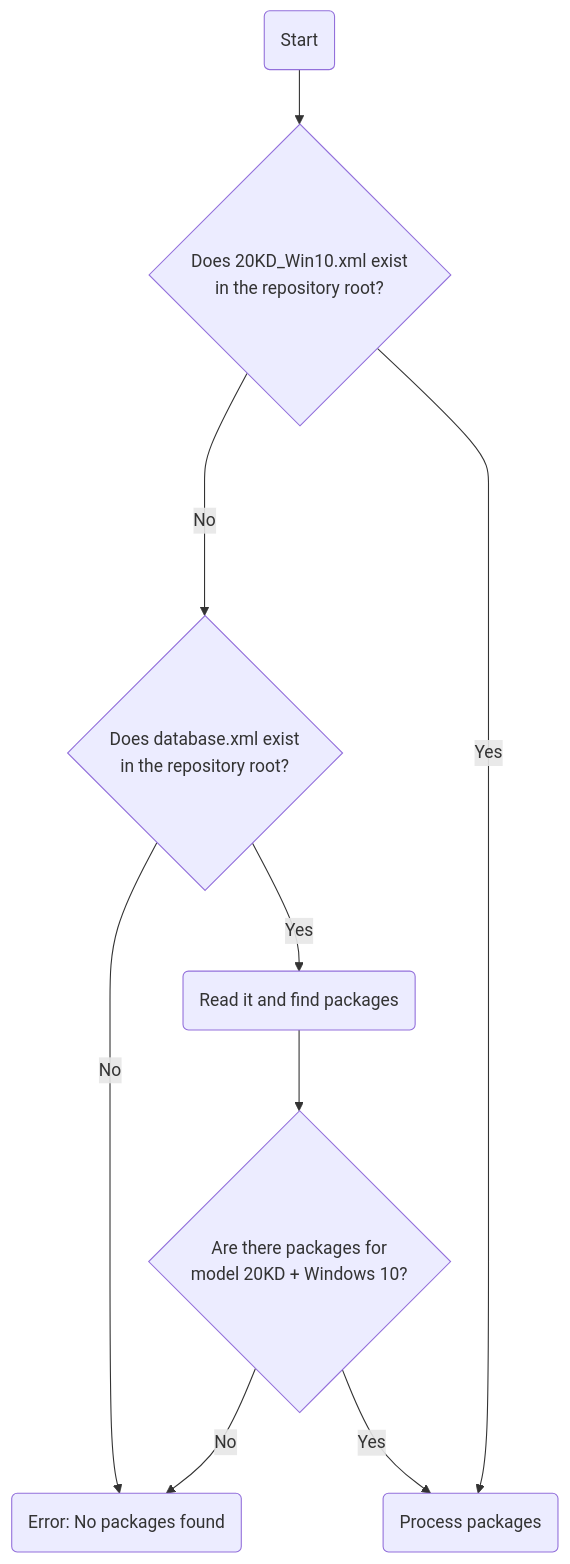
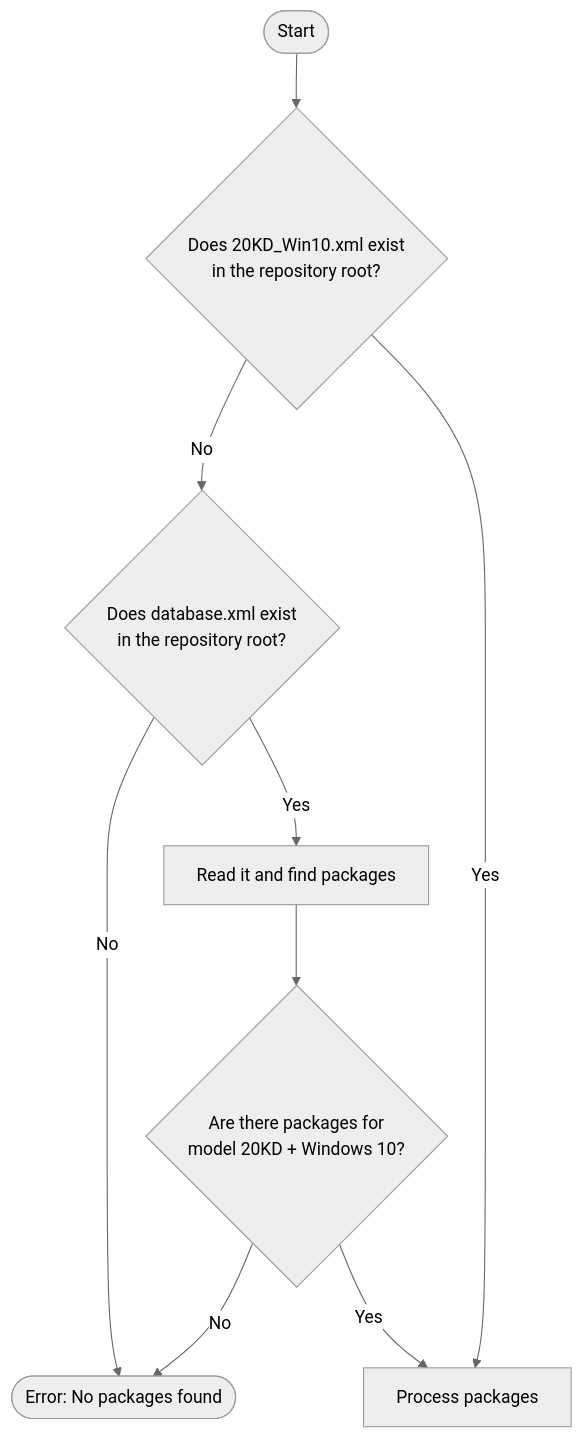
One commit to jantari/LSUClient-docs changed the diagram in content/docs/topics/self-hosted-repositories.md. Above: the diagram before and after it, drawn with Mermaid. The commit also changed 1 other file, not shown here.

Commit message:
update diagram on self-hosted-repositories page and allow manual CI trigger

```diff
--- a/content/docs/topics/self-hosted-repositories.md
+++ b/content/docs/topics/self-hosted-repositories.md
@@ -94,11 +94,12 @@
 {{< mermaid >}}
-flowchart TD
-    Start(Start) --> B{"Does 20KD_Win10.xml exist\nin the repository root?"}
-    B ---->|No| C{"Does database.xml exist\nin the repository root?"}
-    C -->|No| F(Error: No packages found)
-    C -->|Yes| OK(Read it and find packages)
+%%{init:{"theme":"neutral"}}%%
+flowchart TD;
+    Start([Start]) --> B{"Does 20KD_Win10.xml exist\nin the repository root?"}
+    B --> |No| C{"Does database.xml exist\nin the repository root?"}
+    C --> |No| F([Error: No packages found])
+    C --> |Yes| OK[Read it and find packages]
     B --> |Yes| H
     OK -->G{Are there packages for\nmodel 20KD + Windows 10?}
     G -->|No| F
-    G -->|Yes| H(Process packages)
+    G -->|Yes| H[Process packages]
 {{< /mermaid >}}
```
